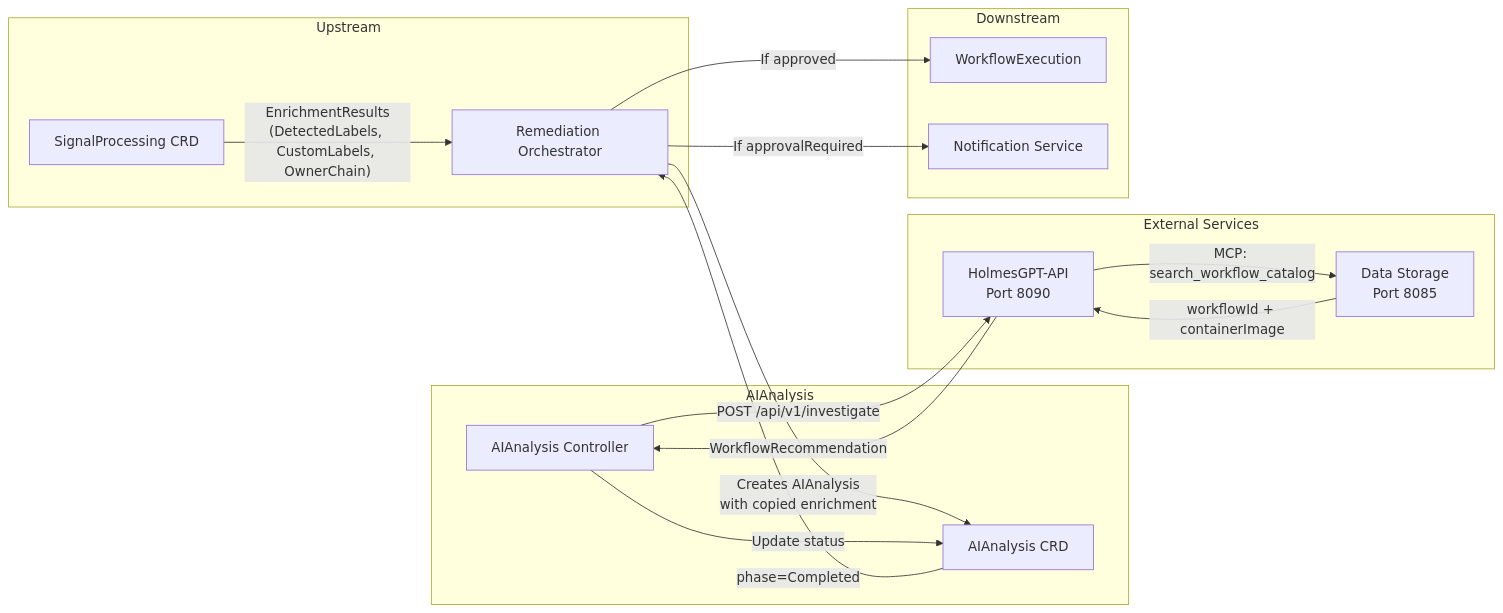
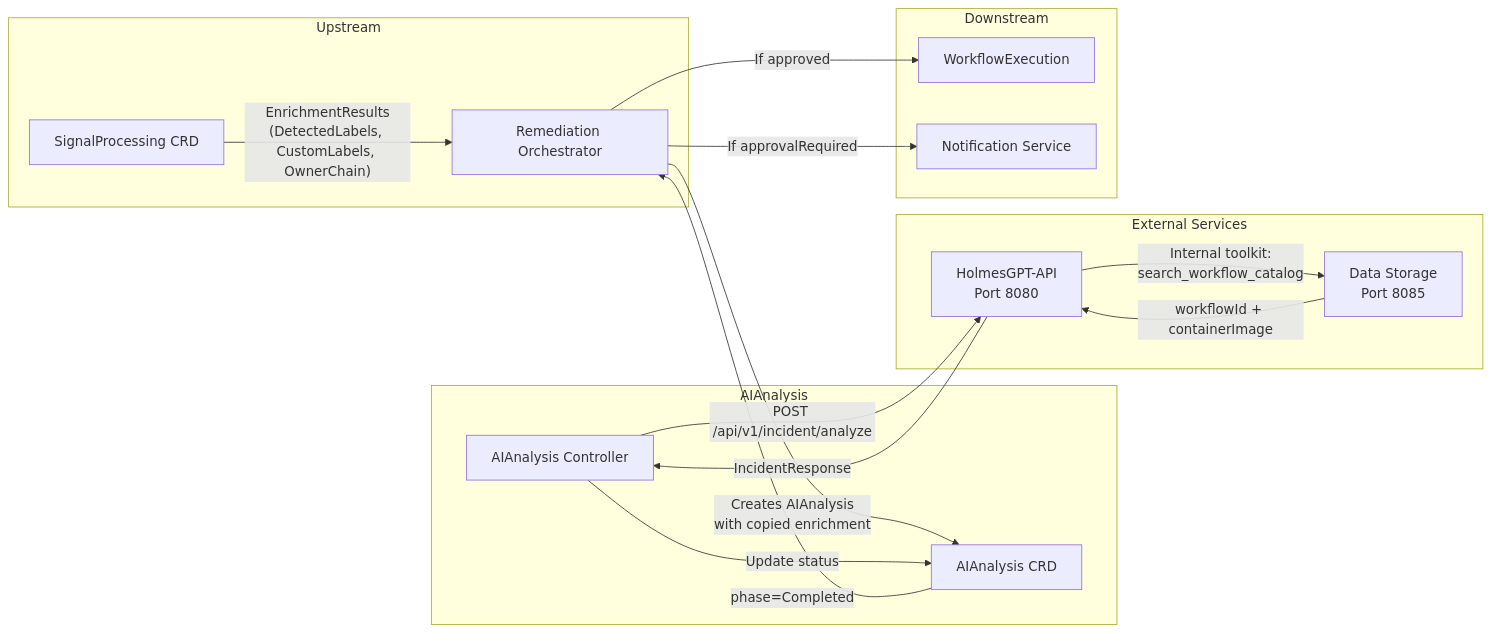
One commit to jordigilh/kubernaut changed the diagram in docs/services/crd-controllers/02-aianalysis/integration-points.md. Above: the diagram before and after it, drawn with Mermaid. The commit also changed other lines of this file and 4 other files, not shown here.

First line of the commit message:
docs(aianalysis): add FailedDetections schema support (DD-WORKFLOW-001 v2.1)

````diff
--- a/docs/services/crd-controllers/02-aianalysis/integration-points.md
+++ b/docs/services/crd-controllers/02-aianalysis/integration-points.md
@@ -23,33 +25,33 @@
 ```mermaid
 graph LR
     subgraph "Upstream"
         SP[SignalProcessing CRD]
         RO[Remediation Orchestrator]
     end
 
     subgraph "AIAnalysis"
         AIA[AIAnalysis CRD]
         CTRL[AIAnalysis Controller]
     end
 
     subgraph "External Services"
-        HAPI[HolmesGPT-API<br/>Port 8090]
+        HAPI[HolmesGPT-API<br/>Port 8080]
         DS[Data Storage<br/>Port 8085]
     end
 
     subgraph "Downstream"
         WE[WorkflowExecution]
         NOT[Notification Service]
     end
 
     SP -->|"EnrichmentResults<br/>(DetectedLabels, CustomLabels, OwnerChain)"| RO
     RO -->|"Creates AIAnalysis<br/>with copied enrichment"| AIA
-    CTRL -->|"POST /api/v1/investigate"| HAPI
-    HAPI -->|"MCP: search_workflow_catalog"| DS
+    CTRL -->|"POST /api/v1/incident/analyze"| HAPI
+    HAPI -->|"Internal toolkit:<br/>search_workflow_catalog"| DS
     DS -->|"workflowId + containerImage"| HAPI
-    HAPI -->|"WorkflowRecommendation"| CTRL
+    HAPI -->|"IncidentResponse"| CTRL
     CTRL -->|"Update status"| AIA
     AIA -->|"phase=Completed"| RO
     RO -->|"If approved"| WE
     RO -->|"If approvalRequired"| NOT
 ```
````
